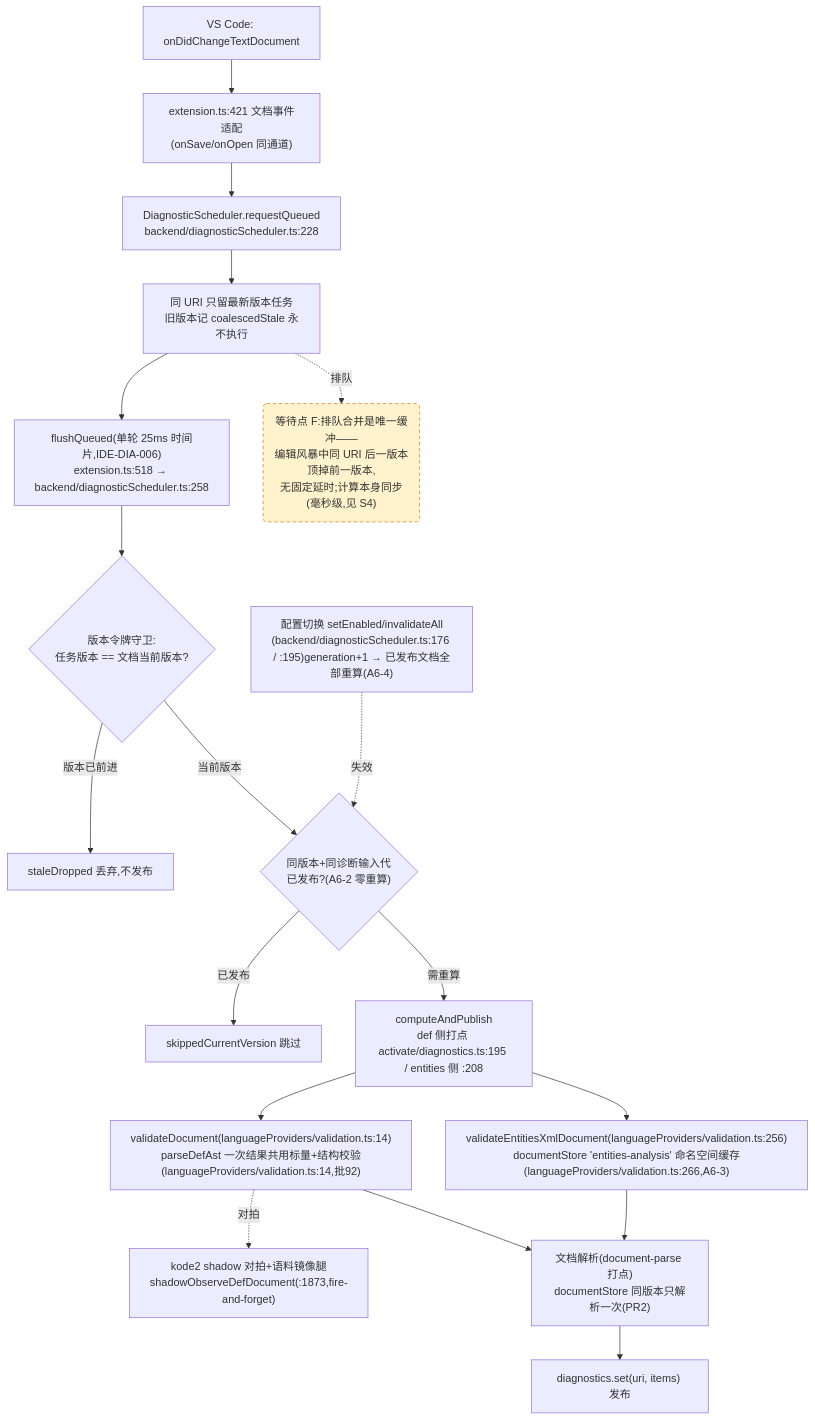
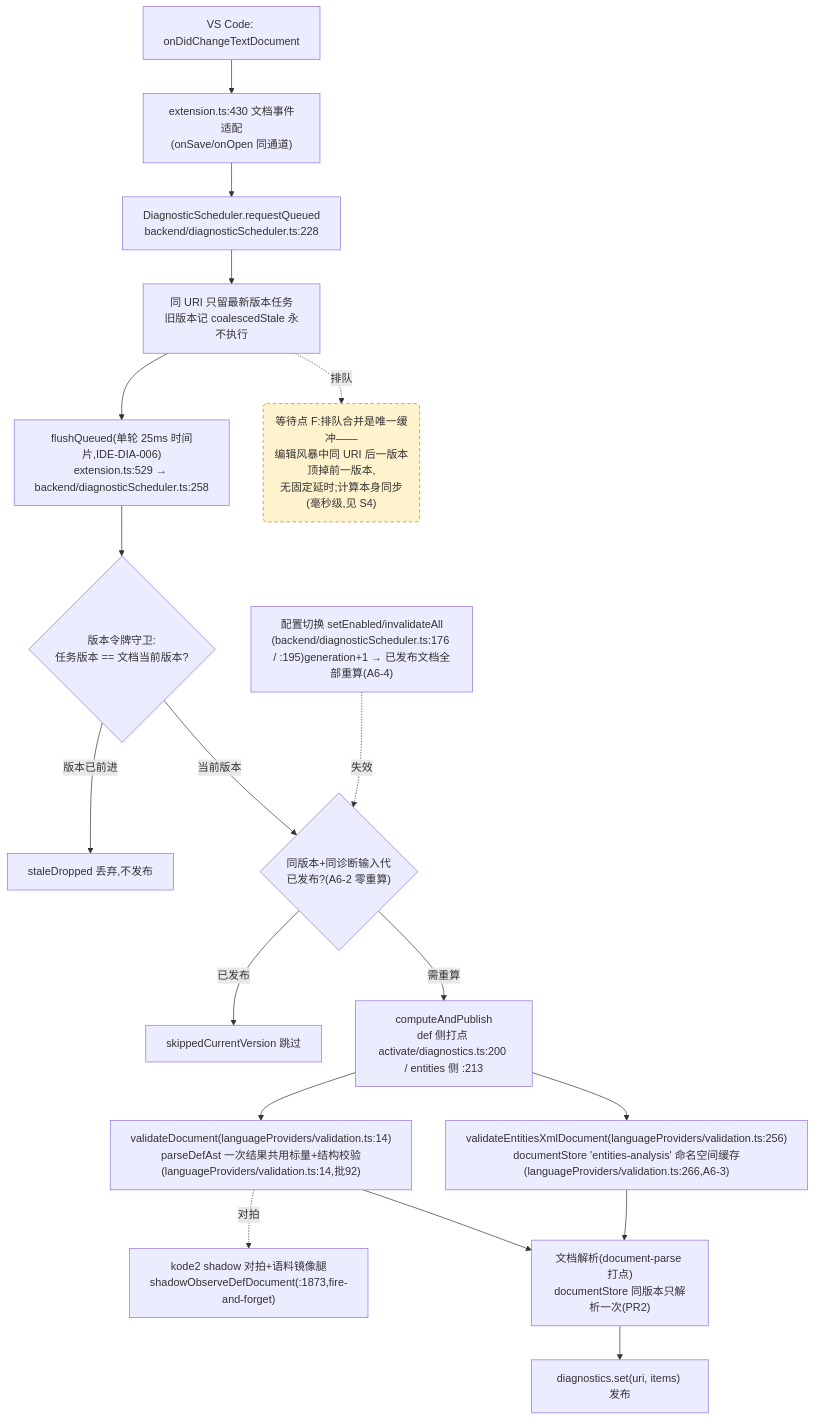
The fourth of 4 diagrams in docs/perf/2026-baseline.md (cuihairu/kode), drawn with Mermaid before and after one commit. The commit also changed other lines of this file and 7 other files, not shown here.

````diff
--- a/docs/perf/2026-baseline.md
+++ b/docs/perf/2026-baseline.md
@@ -222,38 +224,38 @@
 ```mermaid
 flowchart TD
   CHG["VS Code: onDidChangeTextDocument"]
-  WATCH["extension.ts:421 文档事件适配<br/>(onSave/onOpen 同通道)"]
+  WATCH["extension.ts:430 文档事件适配<br/>(onSave/onOpen 同通道)"]
   RQ["DiagnosticScheduler.requestQueued<br/>backend/diagnosticScheduler.ts:228"]
   CO["同 URI 只留最新版本任务<br/>旧版本记 coalescedStale 永不执行"]
-  FL["flushQueued(单轮 25ms 时间片,IDE-DIA-006)<br/>extension.ts:518 → backend/diagnosticScheduler.ts:258"]
+  FL["flushQueued(单轮 25ms 时间片,IDE-DIA-006)<br/>extension.ts:529 → backend/diagnosticScheduler.ts:258"]
   VG{"版本令牌守卫:<br/>任务版本 == 文档当前版本?"}
   DROP["staleDropped 丢弃,不发布"]
   GEN{"同版本+同诊断输入代<br/>已发布?(A6-2 零重算)"}
   SKIP["skippedCurrentVersion 跳过"]
-  CALC["computeAndPublish<br/>def 侧打点 activate/diagnostics.ts:195 / entities 侧 :208"]
+  CALC["computeAndPublish<br/>def 侧打点 activate/diagnostics.ts:200 / entities 侧 :213"]
   VD["validateDocument(languageProviders/validation.ts:14)<br/>parseDefAst 一次结果共用标量+结构校验(languageProviders/validation.ts:14,批92)"]
   VEX["validateEntitiesXmlDocument(languageProviders/validation.ts:256)<br/>documentStore 'entities-analysis' 命名空间缓存(languageProviders/validation.ts:266,A6-3)"]
   SHDD["kode2 shadow 对拍+语料镜像腿<br/>shadowObserveDefDocument(:1873,fire-and-forget)"]
   DS["文档解析(document-parse 打点)<br/>documentStore 同版本只解析一次(PR2)"]
   PUB["diagnostics.set(uri, items) 发布"]
   CFG2["配置切换 setEnabled/invalidateAll<br/>(backend/diagnosticScheduler.ts:176 / :195)generation+1 → 已发布文档全部重算(A6-4)"]
 
   CHG --> WATCH --> RQ --> CO --> FL --> VG
   VG -- "版本已前进" --> DROP
   VG -- "当前版本" --> GEN
   GEN -- "已发布" --> SKIP
   GEN -- "需重算" --> CALC
   CALC --> VD
   CALC --> VEX
   VD --> DS
   VEX --> DS
   DS --> PUB
   VD -.->|对拍| SHDD
   CFG2 -.->|失效| GEN
 
   WAITF("等待点 F:排队合并是唯一缓冲——<br/>编辑风暴中同 URI 后一版本顶掉前一版本,<br/>无固定延时;计算本身同步(毫秒级,见 S4)")
   CO -.->|排队| WAITF
 
   classDef waitPoint fill:#fff3cd,stroke:#d97706,stroke-dasharray:5 4;
   class WAITF waitPoint;
 ```
````
